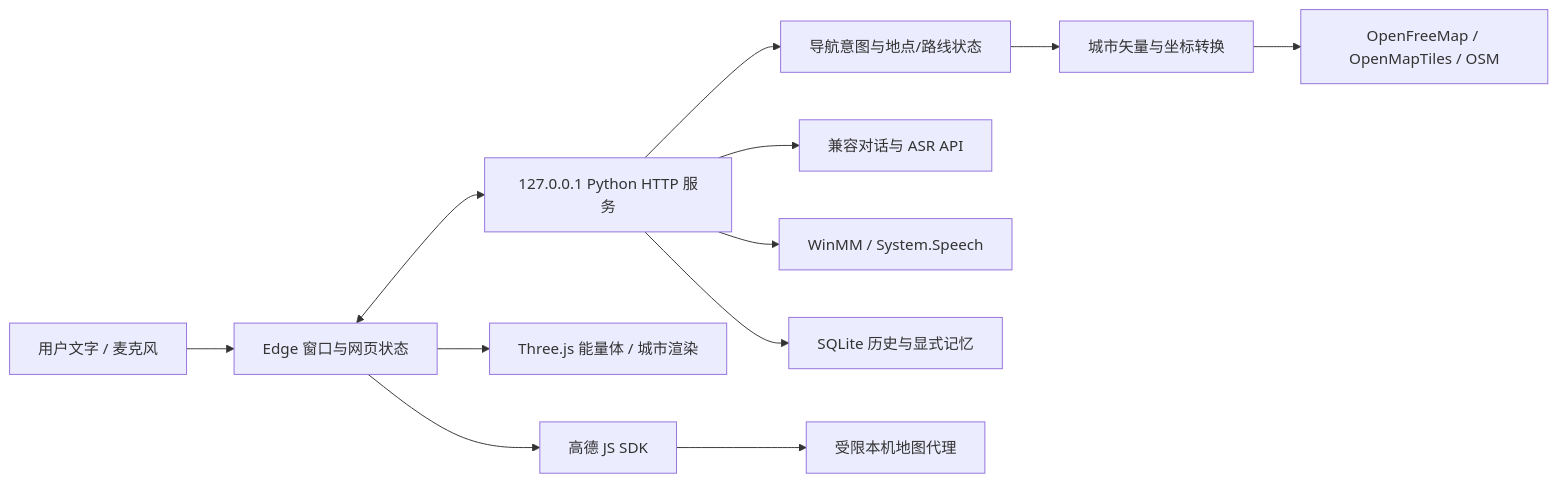
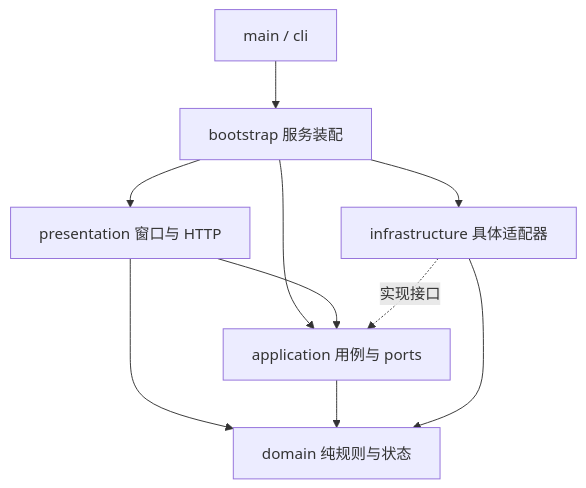
Before and after one commit to GXmind/JARVIS-OS: the diagram in docs/architecture.md, drawn with Mermaid. The commit also changed other lines of this file and 118 other files, not shown here.

````diff
--- a/docs/architecture.md
+++ b/docs/architecture.md
@@ -7,14 +45,12 @@
 ```mermaid
-flowchart LR
-    U[用户文字 / 麦克风] --> B[Edge 窗口与网页状态]
-    B <--> H[127.0.0.1 Python HTTP 服务]
-    H --> N[导航意图与地点/路线状态]
-    H --> C[兼容对话与 ASR API]
-    H --> A[WinMM / System.Speech]
-    H --> S[SQLite 历史与显式记忆]
-    B --> R[Three.js 能量体 / 城市渲染]
-    B --> M[高德 JS SDK]
-    M --> P[受限本机地图代理]
-    N --> G[城市矢量与坐标转换]
-    G --> O[OpenFreeMap / OpenMapTiles / OSM]
+flowchart TD
+  Main[main / cli] --> Boot[bootstrap 服务装配]
+  Boot --> P[presentation 窗口与 HTTP]
+  Boot --> A[application 用例与 ports]
+  Boot --> I[infrastructure 具体适配器]
+  P --> A
+  P --> D[domain 纯规则与状态]
+  A --> D
+  I --> D
+  I -.实现接口.-> A
 ```
````
